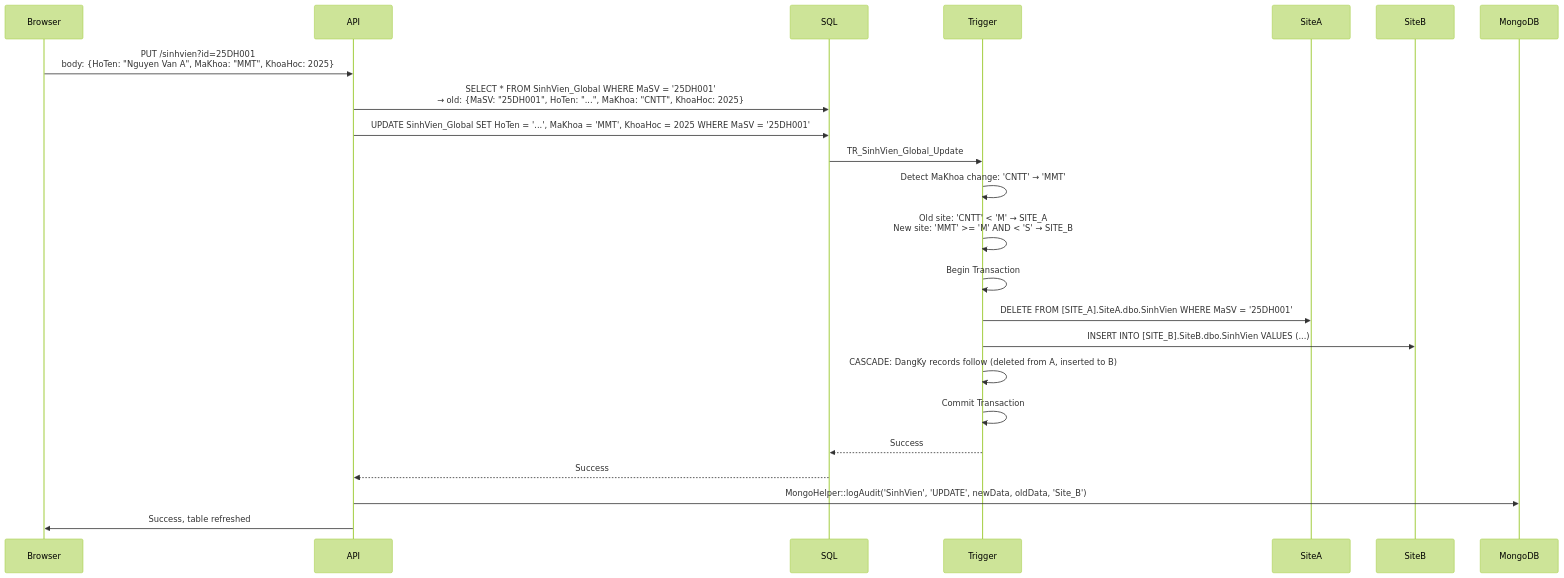
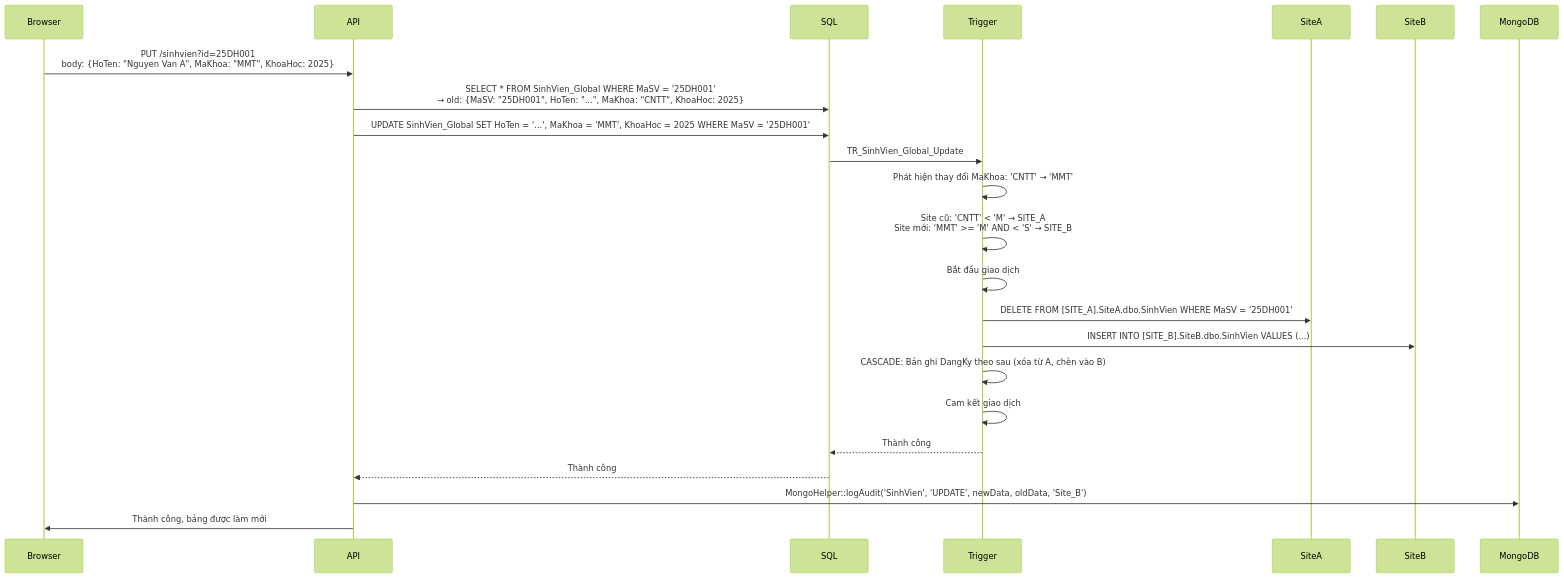
One commit to TienxDun/Distributed_Database changed the fourth of 6 diagrams in ARCHITECTURE.md. Above: the diagram before and after it, drawn with Mermaid (forest theme). The commit also changed other lines of this file and 1 other file, not shown here.

````diff
--- a/ARCHITECTURE.md
+++ b/ARCHITECTURE.md
@@ -594,26 +592,26 @@
 ```mermaid
 sequenceDiagram
     participant Browser
     participant API
     participant SQL
     participant Trigger
     participant SiteA
     participant SiteB
     participant MongoDB
 
     Browser->>API: PUT /sinhvien?id=25DH001<br/>body: {HoTen: "Nguyen Van A", MaKhoa: "MMT", KhoaHoc: 2025}
     API->>SQL: SELECT * FROM SinhVien_Global WHERE MaSV = '25DH001'<br/>→ old: {MaSV: "25DH001", HoTen: "...", MaKhoa: "CNTT", KhoaHoc: 2025}
     API->>SQL: UPDATE SinhVien_Global SET HoTen = '...', MaKhoa = 'MMT', KhoaHoc = 2025 WHERE MaSV = '25DH001'
     SQL->>Trigger: TR_SinhVien_Global_Update
-    Trigger->>Trigger: Detect MaKhoa change: 'CNTT' → 'MMT'
-    Trigger->>Trigger: Old site: 'CNTT' < 'M' → SITE_A<br/>New site: 'MMT' >= 'M' AND < 'S' → SITE_B
-    Trigger->>Trigger: Begin Transaction
+    Trigger->>Trigger: Phát hiện thay đổi MaKhoa: 'CNTT' → 'MMT'
+    Trigger->>Trigger: Site cũ: 'CNTT' < 'M' → SITE_A<br/>Site mới: 'MMT' >= 'M' AND < 'S' → SITE_B
+    Trigger->>Trigger: Bắt đầu giao dịch
     Trigger->>SiteA: DELETE FROM [SITE_A].SiteA.dbo.SinhVien WHERE MaSV = '25DH001'
     Trigger->>SiteB: INSERT INTO [SITE_B].SiteB.dbo.SinhVien VALUES (...)
-    Trigger->>Trigger: CASCADE: DangKy records follow (deleted from A, inserted to B)
-    Trigger->>Trigger: Commit Transaction
-    Trigger-->>SQL: Success
-    SQL-->>API: Success
+    Trigger->>Trigger: CASCADE: Bản ghi DangKy theo sau (xóa từ A, chèn vào B)
+    Trigger->>Trigger: Cam kết giao dịch
+    Trigger-->>SQL: Thành công
+    SQL-->>API: Thành công
     API->>MongoDB: MongoHelper::logAudit('SinhVien', 'UPDATE', newData, oldData, 'Site_B')
-    API->>Browser: Success, table refreshed
+    API->>Browser: Thành công, bảng được làm mới
 ```
````
